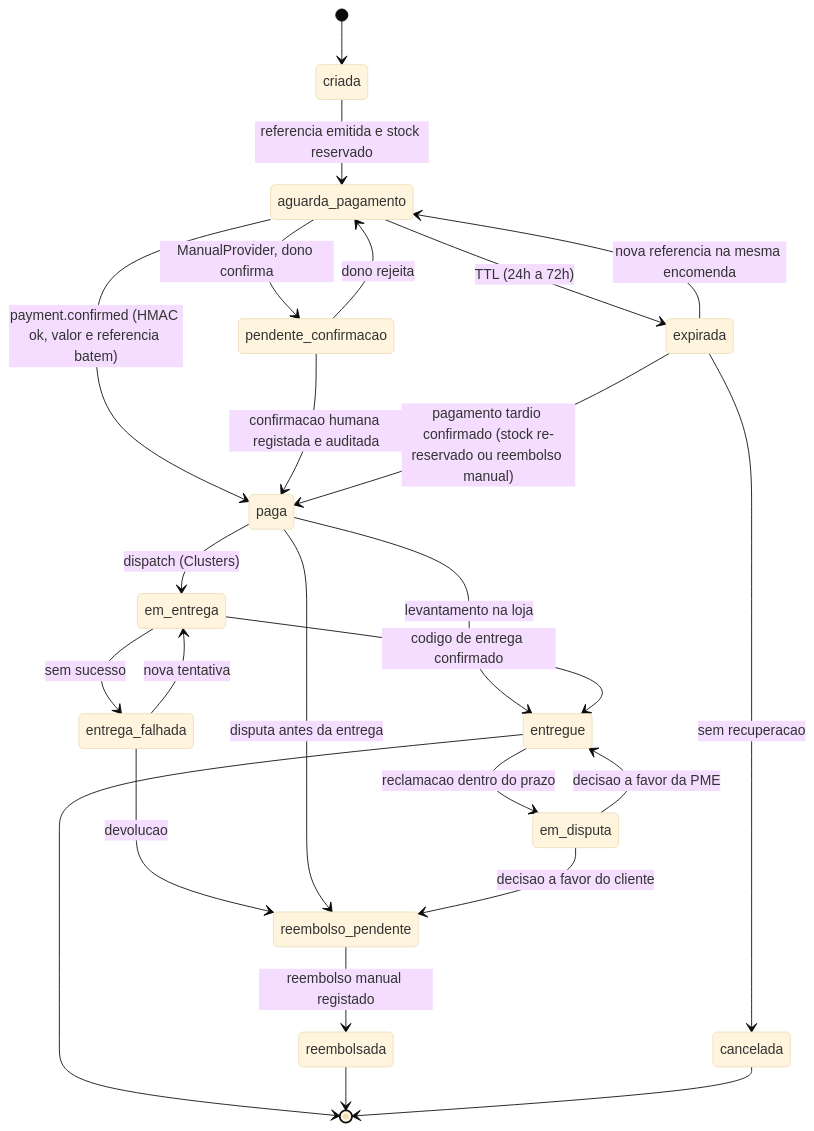
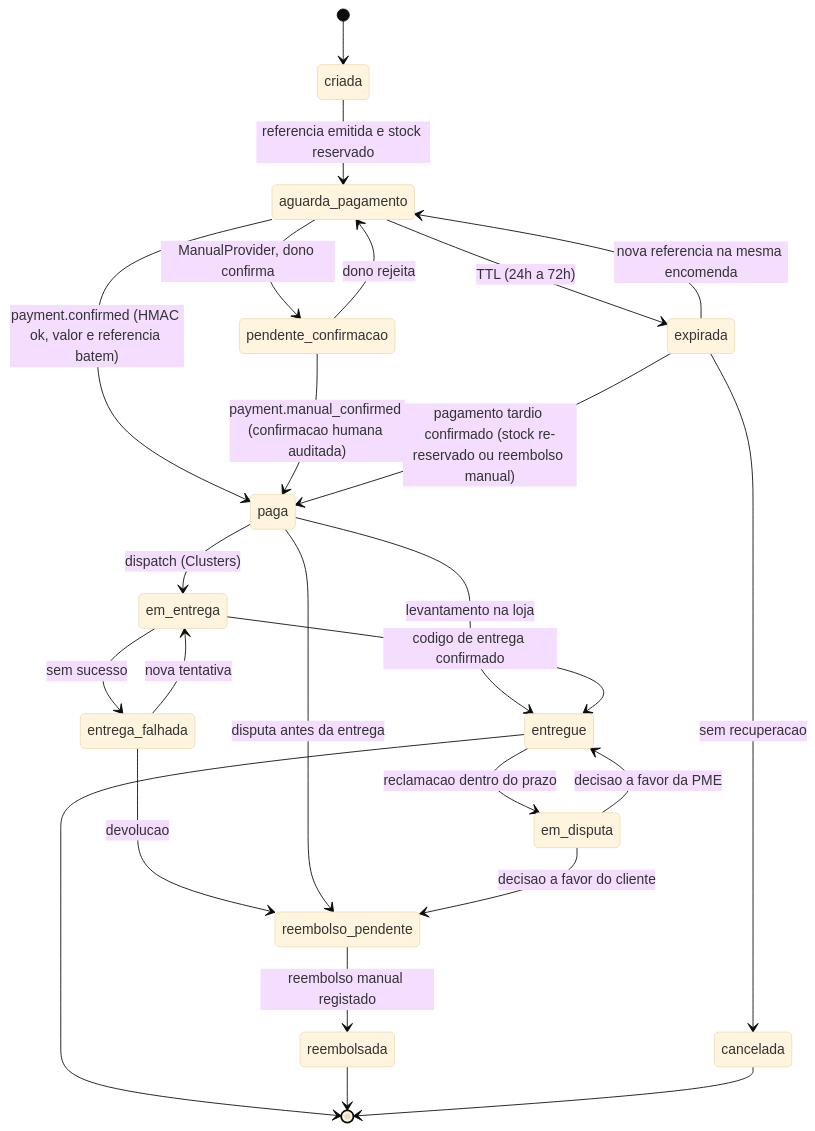
One commit to albinoJimy/kamba-plataforma changed the third of 6 diagrams in docs/tecnica/00_Arquitectura_Solucao.md. Above: the diagram before and after it, drawn with Mermaid (base theme). The commit also changed 24 other files, not shown here.

````diff
--- a/docs/tecnica/00_Arquitectura_Solucao.md
+++ b/docs/tecnica/00_Arquitectura_Solucao.md
@@ -235,27 +235,27 @@
 ```mermaid
 stateDiagram-v2
     [*] --> criada
     criada --> aguarda_pagamento: referencia emitida e stock reservado
     aguarda_pagamento --> paga: payment.confirmed (HMAC ok, valor e referencia batem)
     aguarda_pagamento --> pendente_confirmacao: ManualProvider, dono confirma
-    pendente_confirmacao --> paga: confirmacao humana registada e auditada
+    pendente_confirmacao --> paga: payment.manual_confirmed (confirmacao humana auditada)
     pendente_confirmacao --> aguarda_pagamento: dono rejeita
     aguarda_pagamento --> expirada: TTL (24h a 72h)
     expirada --> aguarda_pagamento: nova referencia na mesma encomenda
     expirada --> cancelada: sem recuperacao
     expirada --> paga: pagamento tardio confirmado (stock re-reservado ou reembolso manual)
     paga --> em_entrega: dispatch (Clusters)
     paga --> entregue: levantamento na loja
     em_entrega --> entregue: codigo de entrega confirmado
     em_entrega --> entrega_falhada: sem sucesso
     entrega_falhada --> em_entrega: nova tentativa
     entrega_falhada --> reembolso_pendente: devolucao
     paga --> reembolso_pendente: disputa antes da entrega
     entregue --> em_disputa: reclamacao dentro do prazo
     em_disputa --> reembolso_pendente: decisao a favor do cliente
     em_disputa --> entregue: decisao a favor da PME
     reembolso_pendente --> reembolsada: reembolso manual registado
     entregue --> [*]
     reembolsada --> [*]
     cancelada --> [*]
 ```
````
